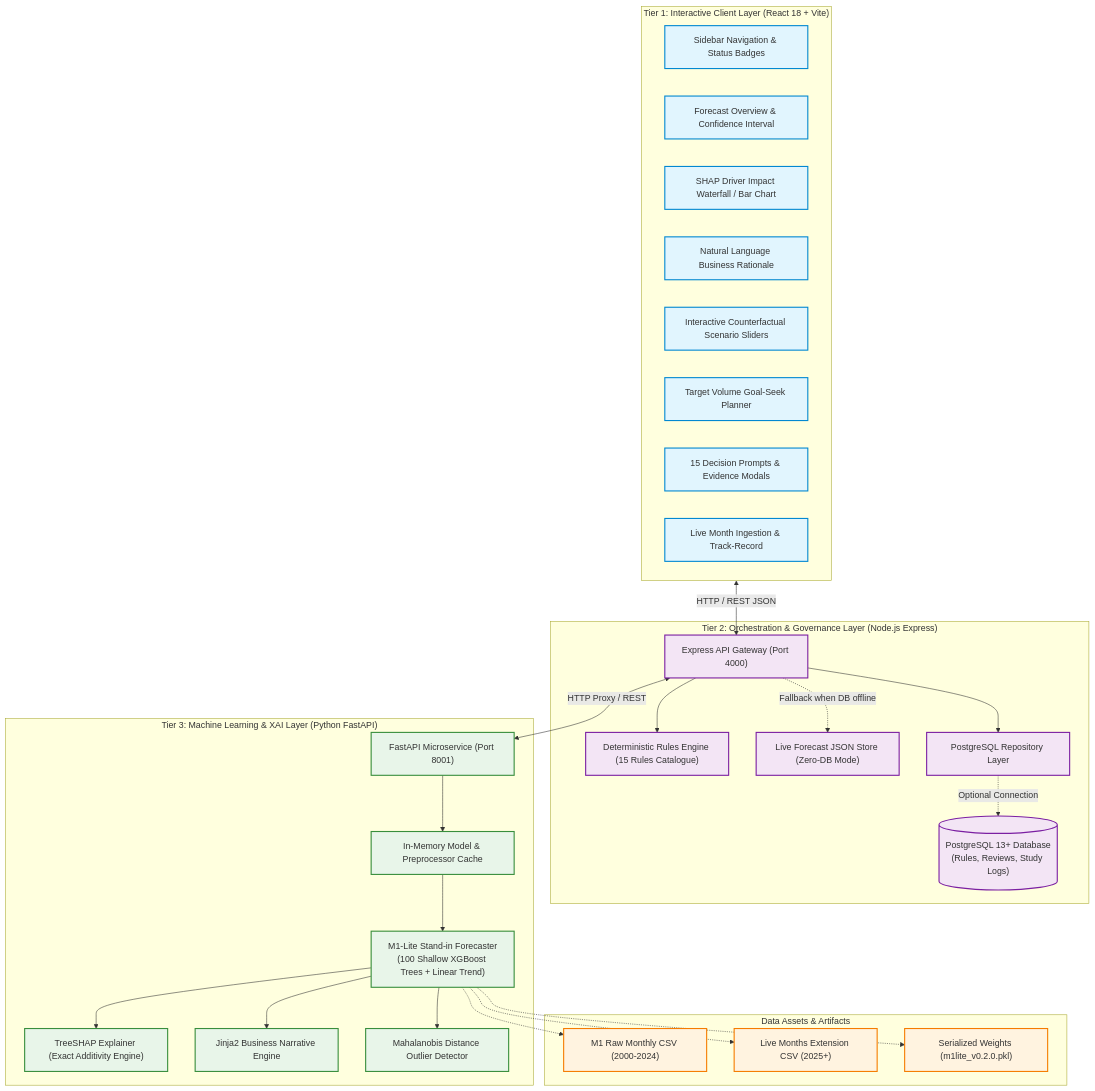
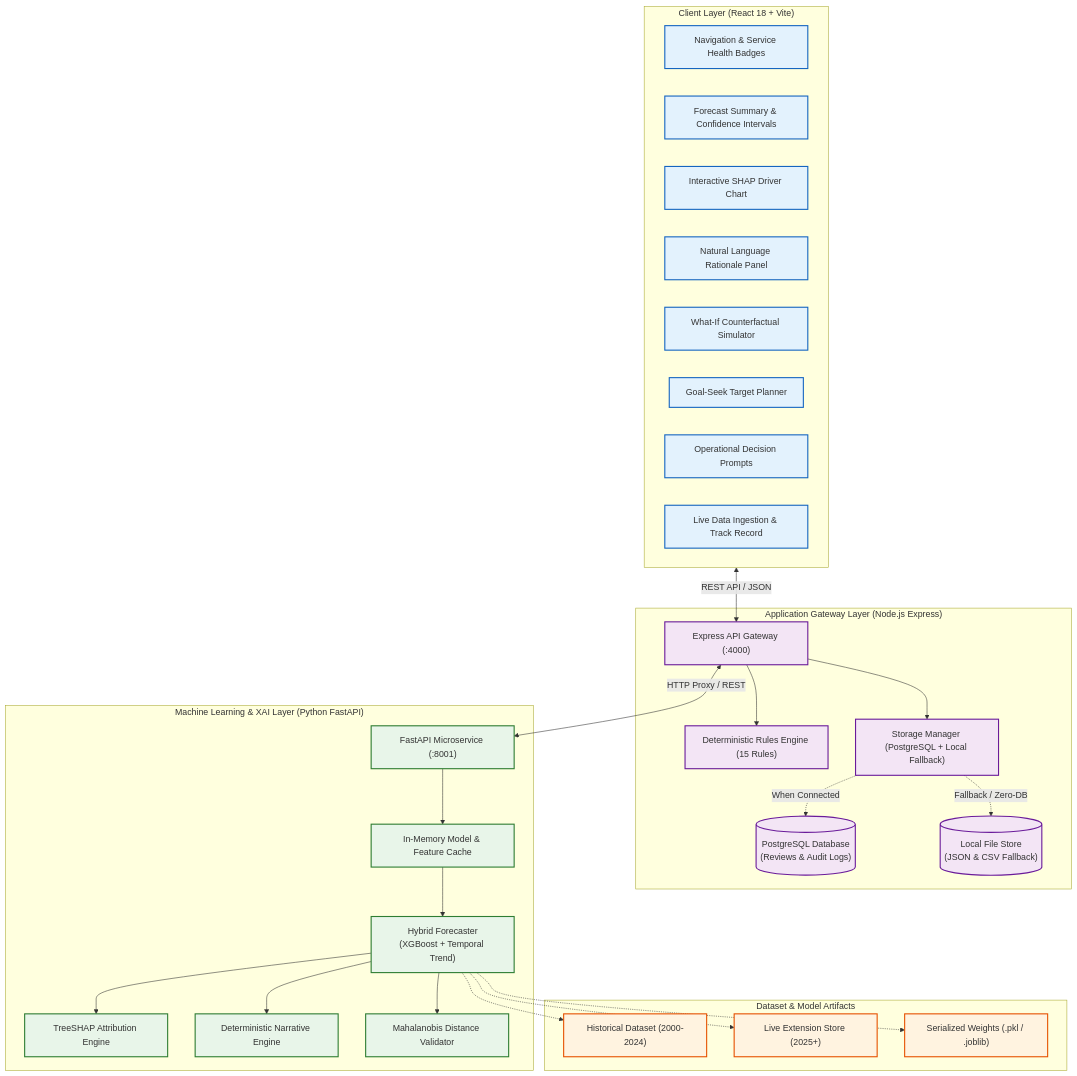
The second of 6 diagrams in README.md (YasasLakmina/backdate-commit-test), drawn with Mermaid before and after one commit. The commit also changed other lines of this file, not shown here.

First line of the commit message:
Refine documentation with clear generic setup commands and simplified architecture diagrams

````diff
--- a/README.md
+++ b/README.md
@@ -125,64 +122,65 @@
 ```mermaid
 graph TB
-    subgraph Tier1 ["Tier 1: Interactive Client Layer (React 18 + Vite)"]
-        UI_Nav["Sidebar Navigation & Status Badges"]
-        UI_Overview["Forecast Overview & Confidence Interval"]
-        UI_Drivers["SHAP Driver Impact Waterfall / Bar Chart"]
-        UI_Rationale["Natural Language Business Rationale"]
-        UI_WhatIf["Interactive Counterfactual Scenario Sliders"]
-        UI_GoalSeek["Target Volume Goal-Seek Planner"]
-        UI_Rules["15 Decision Prompts & Evidence Modals"]
-        UI_Live["Live Month Ingestion & Track-Record"]
+    subgraph Client ["Client Layer (React 18 + Vite)"]
+        UI_Nav["Navigation & Service Health Badges"]
+        UI_Forecast["Forecast Summary & Confidence Intervals"]
+        UI_Chart["Interactive SHAP Driver Chart"]
+        UI_Narrative["Natural Language Rationale Panel"]
+        UI_Simulator["What-If Counterfactual Simulator"]
+        UI_GoalSeek["Goal-Seek Target Planner"]
+        UI_Rules["Operational Decision Prompts"]
+        UI_Live["Live Data Ingestion & Track Record"]
     end
 
-    subgraph Tier2 ["Tier 2: Orchestration & Governance Layer (Node.js Express)"]
-        API_Gateway["Express API Gateway (Port 4000)"]
-        Rules_Engine["Deterministic Rules Engine (15 Rules Catalogue)"]
-        Store_Fallback["Live Forecast JSON Store (Zero-DB Mode)"]
-        DB_Repo["PostgreSQL Repository Layer"]
-        PG_DB[("PostgreSQL 13+ Database\n(Rules, Reviews, Study Logs)")]
+    subgraph Backend ["Application Gateway Layer (Node.js Express)"]
+        Gateway["Express API Gateway (:4000)"]
+        Rules["Deterministic Rules Engine (15 Rules)"]
+        Storage_Mgr["Storage Manager (PostgreSQL + Local Fallback)"]
+        Postgres[("PostgreSQL Database\n(Reviews & Audit Logs)")]
+        LocalStore[("Local File Store\n(JSON & CSV Fallback)")]
     end
 
-    subgraph Tier3 ["Tier 3: Machine Learning & XAI Layer (Python FastAPI)"]
-        ML_API["FastAPI Microservice (Port 8001)"]
-        Model_Cache["In-Memory Model & Preprocessor Cache"]
-        M1_Lite["M1-Lite Stand-in Forecaster\n(100 Shallow XGBoost Trees + Linear Trend)"]
-        TreeSHAP["TreeSHAP Explainer (Exact Additivity Engine)"]
-        Rationale_Engine["Jinja2 Business Narrative Engine"]
-        Mahalanobis["Mahalanobis Distance Outlier Detector"]
+    subgraph ML ["Machine Learning & XAI Layer (Python FastAPI)"]
+        ML_API["FastAPI Microservice (:8001)"]
+        Cache["In-Memory Model & Feature Cache"]
+        Model["Hybrid Forecaster\n(XGBoost + Temporal Trend)"]
+        SHAP["TreeSHAP Attribution Engine"]
+        Jinja["Deterministic Narrative Engine"]
+        Outlier["Mahalanobis Distance Validator"]
     end
 
-    subgraph Storage ["Data Assets & Artifacts"]
-        Raw_CSV["M1 Raw Monthly CSV (2000-2024)"]
-        Live_CSV["Live Months Extension CSV (2025+)"]
-        Model_PKL["Serialized Weights (m1lite_v0.2.0.pkl)"]
+    subgraph Storage ["Dataset & Model Artifacts"]
+        Data_Raw["Historical Dataset (2000-2024)"]
+        Data_Live["Live Extension Store (2025+)"]
+        Model_Weights["Serialized Weights (.pkl / .joblib)"]
     end
 
-    %% Connections
-    Tier1 <-->|HTTP / REST JSON| API_Gateway
-    API_Gateway <-->|HTTP Proxy / REST| ML_API
-    API_Gateway --> Rules_Engine
-    API_Gateway --> DB_Repo
-    DB_Repo -.->|Optional Connection| PG_DB
-    API_Gateway -.->|Fallback when DB offline| Store_Fallback
+    %% Interactions
+    Client <-->|REST API / JSON| Gateway
+    Gateway <-->|HTTP Proxy / REST| ML_API
+    Gateway --> Rules
+    Gateway --> Storage_Mgr
 
-    ML_API --> Model_Cache
-    Model_Cache --> M1_Lite
-    M1_Lite --> TreeSHAP
-    M1_Lite --> Rationale_Engine
-    M1_Lite --> Mahalanobis
+    Storage_Mgr -.->|When Connected| Postgres
+    Storage_Mgr -.->|Fallback / Zero-DB| LocalStore
 
-    M1_Lite -.-> Model_PKL
-    M1_Lite -.-> Raw_CSV
-    M1_Lite -.-> Live_CSV
+    ML_API --> Cache
+    Cache --> Model
+    Model --> SHAP
+    Model --> Jinja
+    Model --> Outlier
 
-    classDef client fill:#e1f5fe,stroke:#0288d1,stroke-width:2px;
-    classDef server fill:#f3e5f5,stroke:#7b1fa2,stroke-width:2px;
-    classDef ml fill:#e8f5e9,stroke:#388e3c,stroke-width:2px;
-    classDef data fill:#fff3e0,stroke:#f57c00,stroke-width:2px;
+    Model -.-> Model_Weights
+    Model -.-> Data_Raw
+    Model -.-> Data_Live
 
-    class UI_Nav,UI_Overview,UI_Drivers,UI_Rationale,UI_WhatIf,UI_GoalSeek,UI_Rules,UI_Live client;
-    class API_Gateway,Rules_Engine,Store_Fallback,DB_Repo,PG_DB server;
-    class ML_API,Model_Cache,M1_Lite,TreeSHAP,Rationale_Engine,Mahalanobis ml;
-    class Raw_CSV,Live_CSV,Model_PKL data;
+    classDef cLayer fill:#e3f2fd,stroke:#1565c0,stroke-width:2px;
+    classDef bLayer fill:#f3e5f5,stroke:#6a1b9a,stroke-width:2px;
+    classDef mLayer fill:#e8f5e9,stroke:#2e7d32,stroke-width:2px;
+    classDef sLayer fill:#fff3e0,stroke:#e65100,stroke-width:2px;
+
+    class UI_Nav,UI_Forecast,UI_Chart,UI_Narrative,UI_Simulator,UI_GoalSeek,UI_Rules,UI_Live cLayer;
+    class Gateway,Rules,Storage_Mgr,Postgres,LocalStore bLayer;
+    class ML_API,Cache,Model,SHAP,Jinja,Outlier mLayer;
+    class Data_Raw,Data_Live,Model_Weights sLayer;
 ```
````
